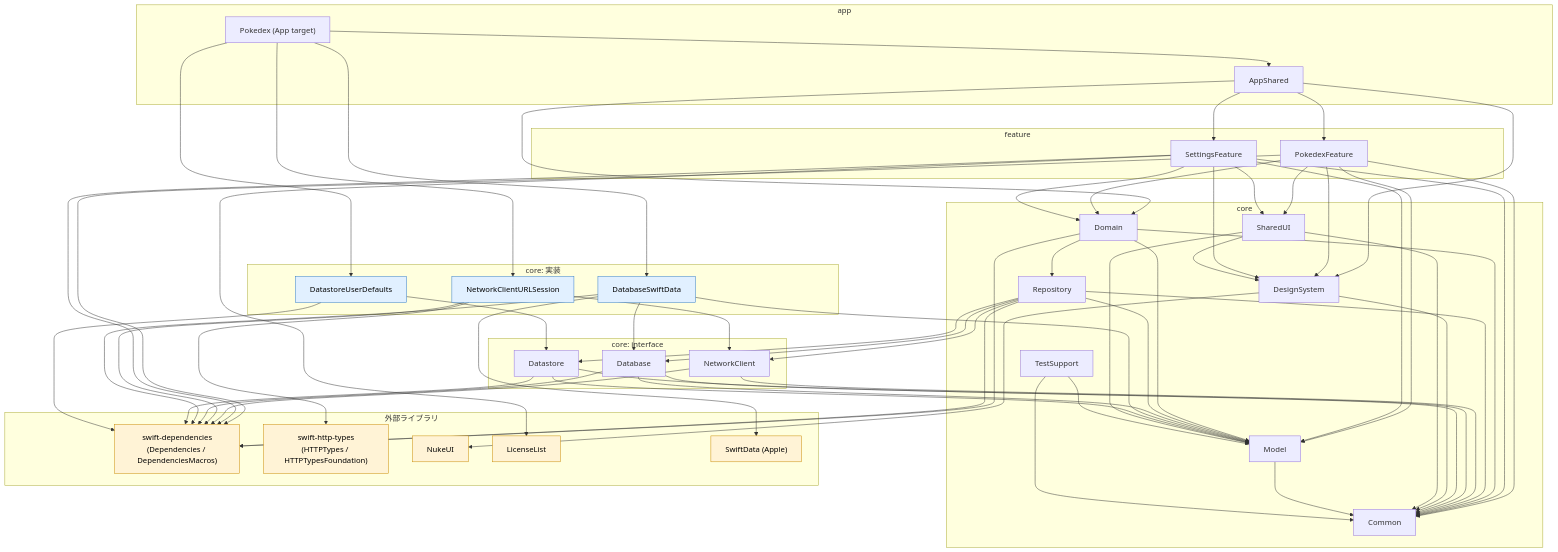
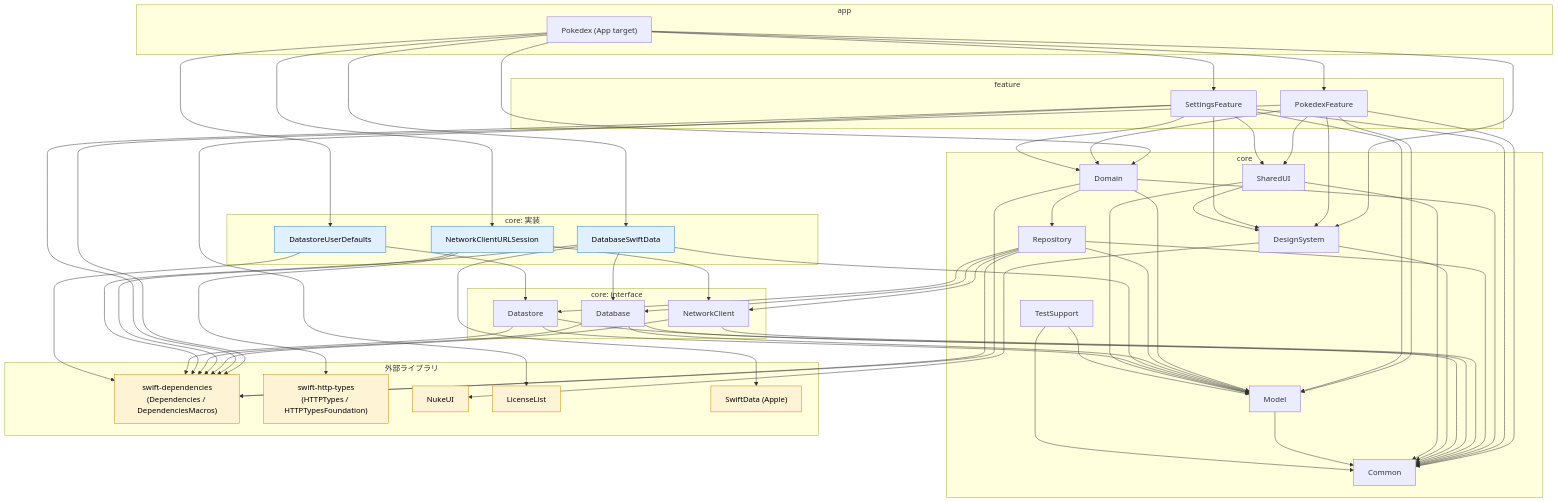
Before and after one commit to chippy-ao/swift-pokedex: the diagram in docs/package-dependencies.md, drawn with Mermaid. The commit also changed other lines of this file and 5 other files, not shown here.

Commit message:
docs: AppShared をやめて骨組みで決めたことを反映

```diff
--- a/docs/package-dependencies.md
+++ b/docs/package-dependencies.md
@@ -93,7 +101,6 @@
 flowchart TD
   subgraph APP["app"]
     Pokedex["Pokedex (App target)"]
-    AppShared
   end
   subgraph FEATURE["feature"]
     PokedexFeature
@@ -126,15 +133,13 @@
     SwiftData["SwiftData (Apple)"]
   end
 
-  Pokedex --> AppShared
+  Pokedex --> PokedexFeature
+  Pokedex --> SettingsFeature
+  Pokedex --> Domain
+  Pokedex --> DesignSystem
   Pokedex --> NetworkClientURLSession
   Pokedex --> DatabaseSwiftData
   Pokedex --> DatastoreUserDefaults
-
-  AppShared --> PokedexFeature
-  AppShared --> SettingsFeature
-  AppShared --> Domain
-  AppShared --> DesignSystem
 
   PokedexFeature --> Domain
   PokedexFeature --> SharedUI
```
